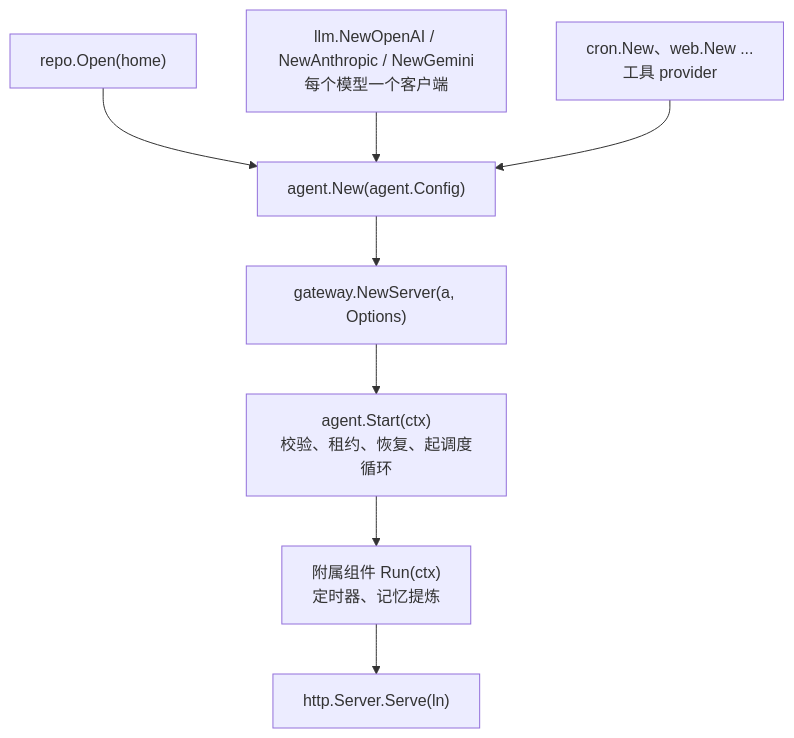
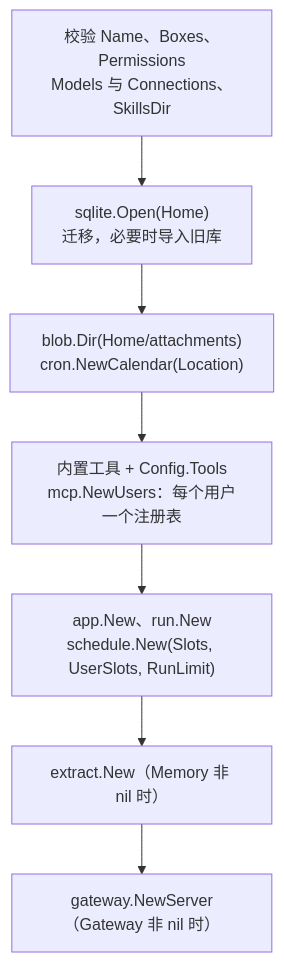
One commit to 0xfakeSpike/ollupi-docs changed the diagram in docs/zh/integrate/embed.md. Above: the diagram before and after it, drawn with Mermaid. The commit also changed other lines of this file and 86 other files, not shown here.

````diff
--- a/docs/zh/integrate/embed.md
+++ b/docs/zh/integrate/embed.md
@@ -11,10 +17,9 @@
 ```mermaid
 flowchart TD
-  A["repo.Open(home)"] --> D["agent.New(agent.Config)"]
-  B["llm.NewOpenAI / NewAnthropic / NewGemini<br/>每个模型一个客户端"] --> D
-  C["cron.New、web.New ...<br/>工具 provider"] --> D
-  D --> E["gateway.NewServer(a, Options)"]
-  E --> F["agent.Start(ctx)<br/>校验、租约、恢复、起调度循环"]
-  F --> G["附属组件 Run(ctx)<br/>定时器、记忆提炼"]
-  G --> H["http.Server.Serve(ln)"]
+  A["校验 Name、Boxes、Permissions<br/>Models 与 Connections、SkillsDir"] --> B["sqlite.Open(Home)<br/>迁移，必要时导入旧库"]
+  B --> C["blob.Dir(Home/attachments)<br/>cron.NewCalendar(Location)"]
+  C --> D["内置工具 + Config.Tools<br/>mcp.NewUsers：每个用户一个注册表"]
+  D --> E["app.New、run.New<br/>schedule.New(Slots, UserSlots, RunLimit)"]
+  E --> F["extract.New（Memory 非 nil 时）"]
+  F --> G["gateway.NewServer（Gateway 非 nil 时）"]
 ```
````
